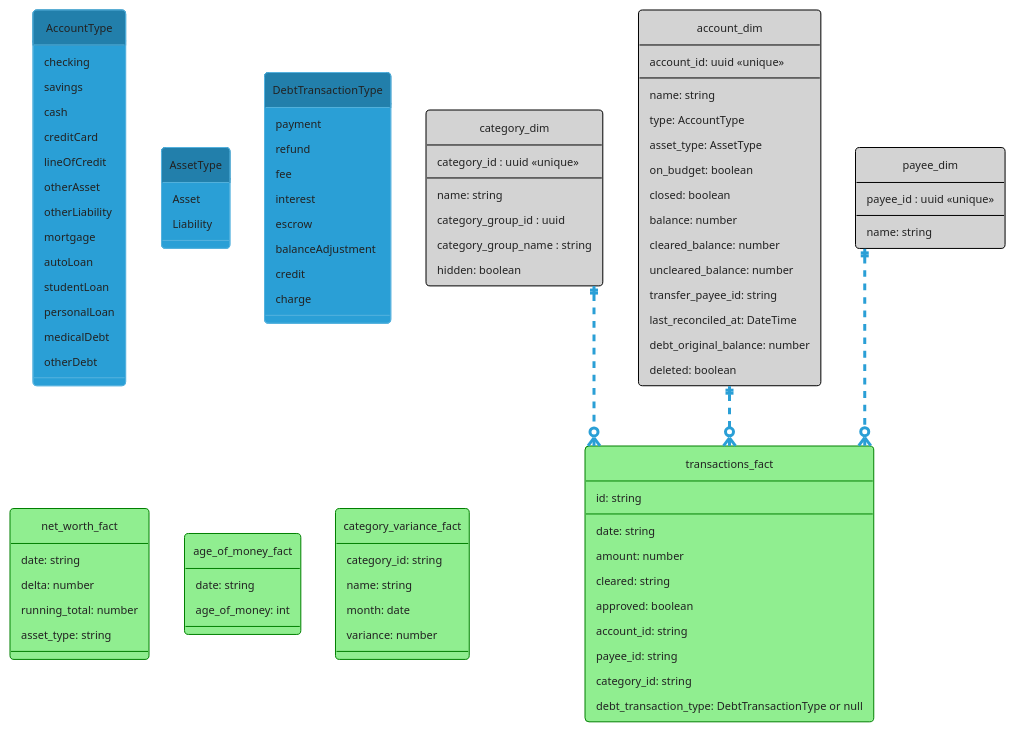
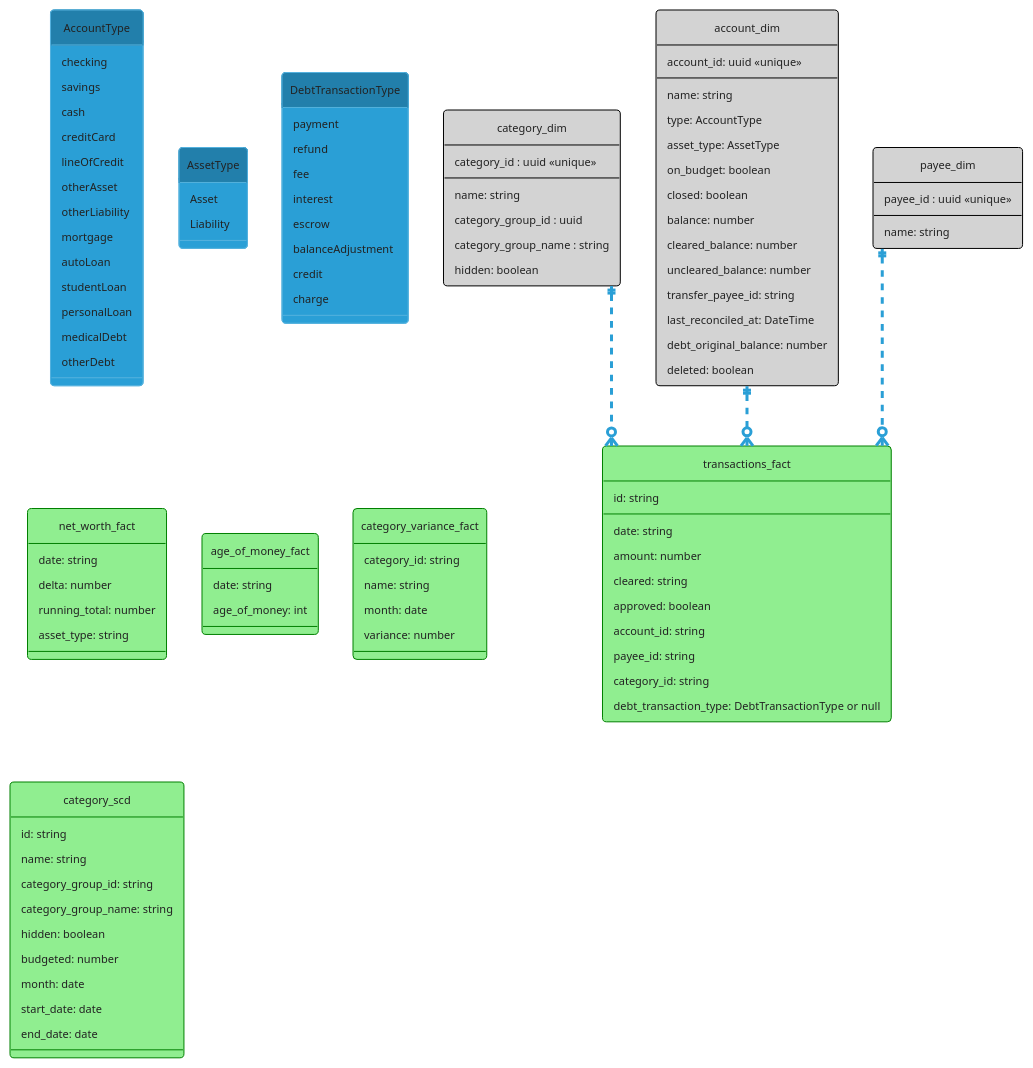
The diagram in docs/transaction_fact_star_schema.puml (zachdean/ynab-reporting-pipeline), drawn with PlantUML before and after one commit. The commit also changed 16 other files, not shown here.

```diff
--- a/docs/transaction_fact_star_schema.puml
+++ b/docs/transaction_fact_star_schema.puml
@@ -1,107 +1,119 @@
-@startuml
+@startuml YNAb table diagram
 !theme cyborg
 hide circle
 skinparam linetype ortho
 
 enum AccountType {
     checking
     savings
     cash
     creditCard
     lineOfCredit
     otherAsset
     otherLiability
     mortgage
     autoLoan
     studentLoan
     personalLoan
     medicalDebt
     otherDebt
 }
 
 enum AssetType {
   Asset
   Liability
 }
 
 enum DebtTransactionType {
   payment
   refund
   fee
   interest
   escrow
   balanceAdjustment
   credit
   charge
 }
 
 entity "category_dim" as cat_dim #line:black;back:lightgrey {
   category_id : uuid <<unique>>
   --
   name: string
   category_group_id : uuid
   category_group_name : string
   hidden: boolean
 }
 
 entity "account_dim" as account_dim #line:black;back:lightgrey {
   account_id: uuid <<unique>>
   --
   name: string
   type: AccountType
   asset_type: AssetType
   on_budget: boolean
   closed: boolean
   balance: number
   cleared_balance: number
   uncleared_balance: number
   transfer_payee_id: string
   last_reconciled_at: DateTime
   debt_original_balance: number
   deleted: boolean
 }
 
 entity "payee_dim" as payee_dim #line:black;back:lightgrey {
   payee_id : uuid <<unique>>
   --
   name: string
 }
 
 ' unused fields are dropped from the model, if fields are used in a visualization they will be added back in 
 entity "transactions_fact" as transactions_fact #line:green;back:lightgreen {
   id: string
   --
   date: string
   amount: number
   cleared: string
   approved: boolean
   account_id: string
   payee_id: string
   category_id: string
   debt_transaction_type: DebtTransactionType or null
 }
 
 entity "net_worth_fact" as net_worth_fact #line:green;back:lightgreen {
   date: string
   delta: number
   running_total: number
   asset_type: string
 }
 
 entity "age_of_money_fact" as age_of_money_fact #line:green;back:lightgreen {
   date: string
   age_of_money: int
 }
 
 entity "category_variance_fact" as category_variance_fact #line:green;back:lightgreen {
   category_id: string
   name: string
   month: date
   variance: number
 }
 
+entity "category_scd" as category_scd #line:green;back:lightgreen {
+  id: string
+  name: string
+  category_group_id: string
+  category_group_name: string
+  hidden: boolean
+  budgeted: number
+  month: date
+  start_date: date
+  end_date: date
+}
+
 cat_dim ||..o{ transactions_fact
 account_dim ||..o{ transactions_fact
 payee_dim ||..o{ transactions_fact
 
 @enduml
```
